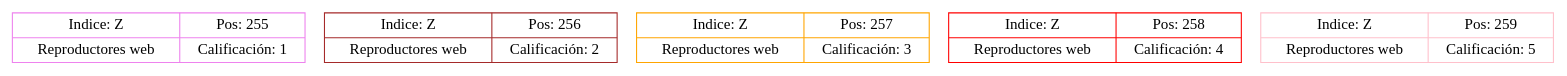
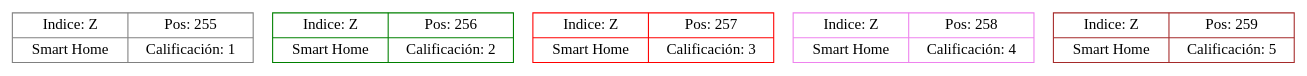
The diagram in cliente/src/VectorTiendas/Vector.dot (Daniel-Chicas/EDD_VirtualMall_201807079), drawn with Graphviz before and after one commit. The commit also changed 64 other files, not shown here.

```diff
--- a/cliente/src/VectorTiendas/Vector.dot
+++ b/cliente/src/VectorTiendas/Vector.dot
@@ -1,8 +1,8 @@
 digraph Daniel51{
 node[shape=record];
-node255[color=violet, fillcolor=green, label="{Indice: Z|Reproductores web}|{Pos: 255|Calificación: 1}"];
-node256[color=brown, fillcolor=pink, label="{Indice: Z|Reproductores web}|{Pos: 256|Calificación: 2}"];
-node257[color=orange, fillcolor=gray, label="{Indice: Z|Reproductores web}|{Pos: 257|Calificación: 3}"];
-node258[color=red, fillcolor=pink, label="{Indice: Z|Reproductores web}|{Pos: 258|Calificación: 4}"];
-node259[color=pink, fillcolor=gray, label="{Indice: Z|Reproductores web}|{Pos: 259|Calificación: 5}"];
+node255[color=gray, fillcolor=blue, label="{Indice: Z|Smart Home}|{Pos: 255|Calificación: 1}"];
+node256[color=green, fillcolor=violet, label="{Indice: Z|Smart Home}|{Pos: 256|Calificación: 2}"];
+node257[color=red, fillcolor=green, label="{Indice: Z|Smart Home}|{Pos: 257|Calificación: 3}"];
+node258[color=violet, fillcolor=green, label="{Indice: Z|Smart Home}|{Pos: 258|Calificación: 4}"];
+node259[color=brown, fillcolor=pink, label="{Indice: Z|Smart Home}|{Pos: 259|Calificación: 5}"];
 }
```
